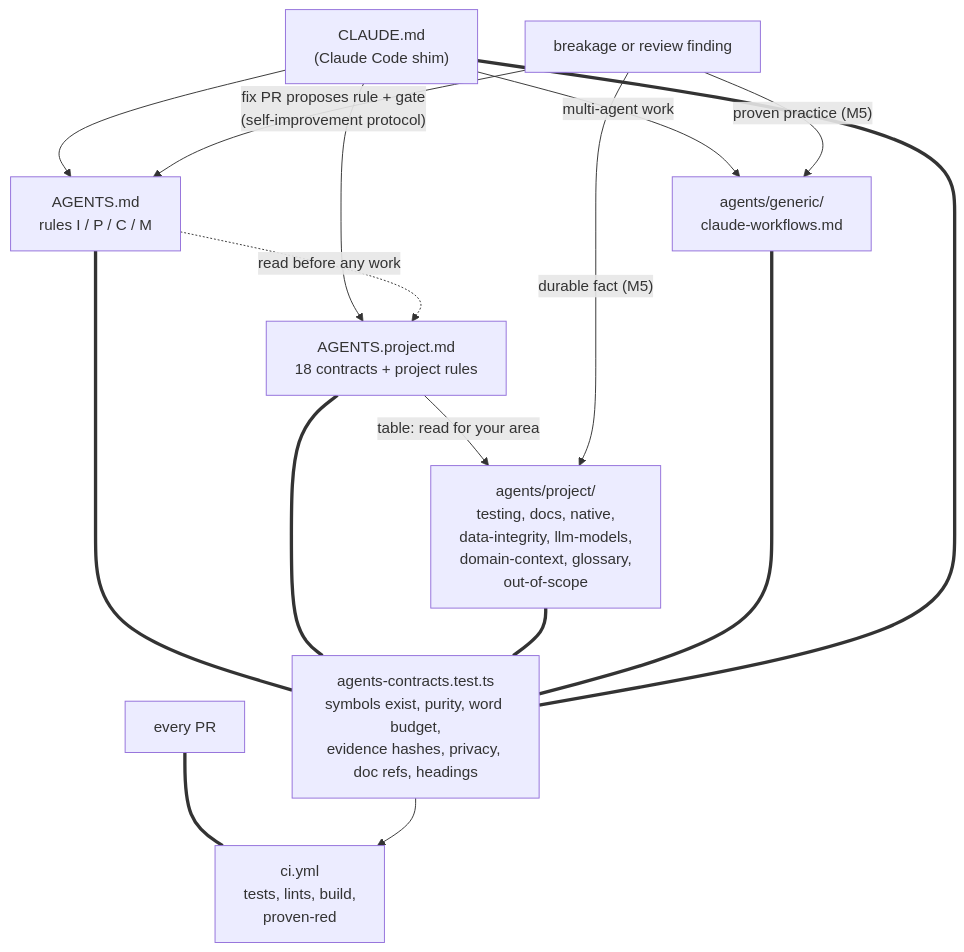
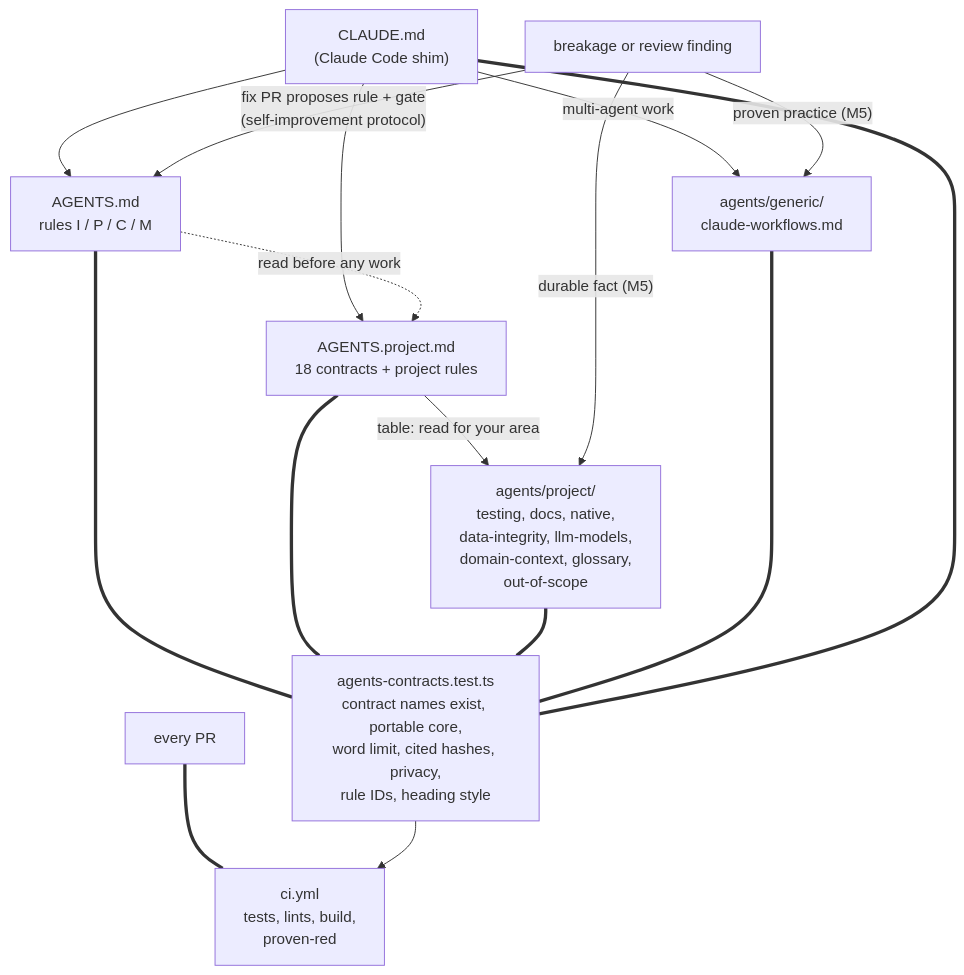
The diagram in docs/developer-guide/14-agent-development-model.rst (ZoneMinder/zmNinjaNg), drawn with Mermaid before and after one commit. The commit also changed other lines of this file and 1 other file, not shown here.

```diff
--- a/docs/developer-guide/14-agent-development-model.rst
+++ b/docs/developer-guide/14-agent-development-model.rst
@@ -293,18 +99,18 @@
 .. mermaid::
 
    graph TD
      CL["CLAUDE.md<br/>(Claude Code shim)"] --> AG["AGENTS.md<br/>rules I / P / C / M"]
      CL --> AP["AGENTS.project.md<br/>18 contracts + project rules"]
      AG -. "read before any work" .-> AP
      AP -- "table: read for your area" --> PP["agents/project/<br/>testing, docs, native,<br/>data-integrity, llm-models,<br/>domain-context, glossary,<br/>out-of-scope"]
      CL -- "multi-agent work" --> GP["agents/generic/<br/>claude-workflows.md"]
-     AG === GATE["agents-contracts.test.ts<br/>symbols exist, purity, word budget,<br/>evidence hashes, privacy, doc refs, headings"]
+     AG === GATE["agents-contracts.test.ts<br/>contract names exist, portable core,<br/>word limit, cited hashes, privacy,<br/>rule IDs, heading style"]
      AP === GATE
      PP === GATE
      GP === GATE
      CL === GATE
      PR["every PR"] === CI["ci.yml<br/>tests, lints, build,<br/>proven-red"]
      GATE --> CI
      FAIL["breakage or review finding"] -- "fix PR proposes rule + gate<br/>(self-improvement protocol)" --> AG
      FAIL -- "durable fact (M5)" --> PP
      FAIL -- "proven practice (M5)" --> GP
```
